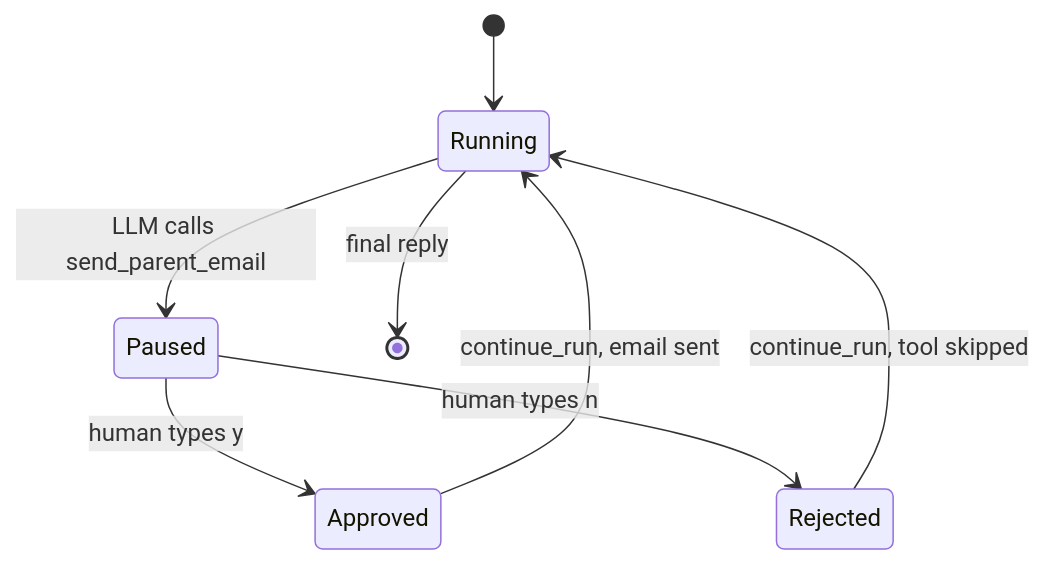
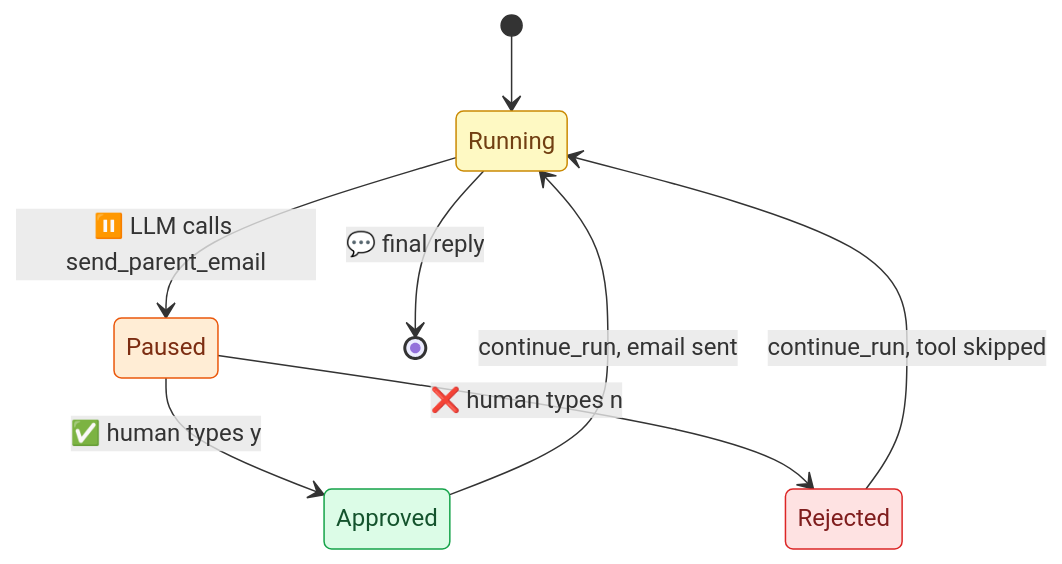
The fifth of 7 diagrams in README.md (ashishpatel26/Responsible-AI-for-AI-Agent-Harness), drawn with Mermaid before and after one commit. The commit also changed other lines of this file and 1 other file, not shown here.

````diff
--- a/README.md
+++ b/README.md
@@ -85,10 +106,18 @@
 ```mermaid
 stateDiagram-v2
     [*] --> Running
-    Running --> Paused: LLM calls send_parent_email
-    Paused --> Approved: human types y
-    Paused --> Rejected: human types n
+    Running --> Paused: ⏸️ LLM calls send_parent_email
+    Paused --> Approved: ✅ human types y
+    Paused --> Rejected: ❌ human types n
     Approved --> Running: continue_run, email sent
     Rejected --> Running: continue_run, tool skipped
-    Running --> [*]: final reply
+    Running --> [*]: 💬 final reply
+    classDef run fill:#fef9c3,stroke:#ca8a04,color:#713f12
+    classDef pause fill:#ffedd5,stroke:#ea580c,color:#7c2d12
+    classDef good fill:#dcfce7,stroke:#16a34a,color:#14532d
+    classDef bad fill:#fee2e2,stroke:#dc2626,color:#7f1d1d
+    class Running run
+    class Paused pause
+    class Approved good
+    class Rejected bad
 ```
````
